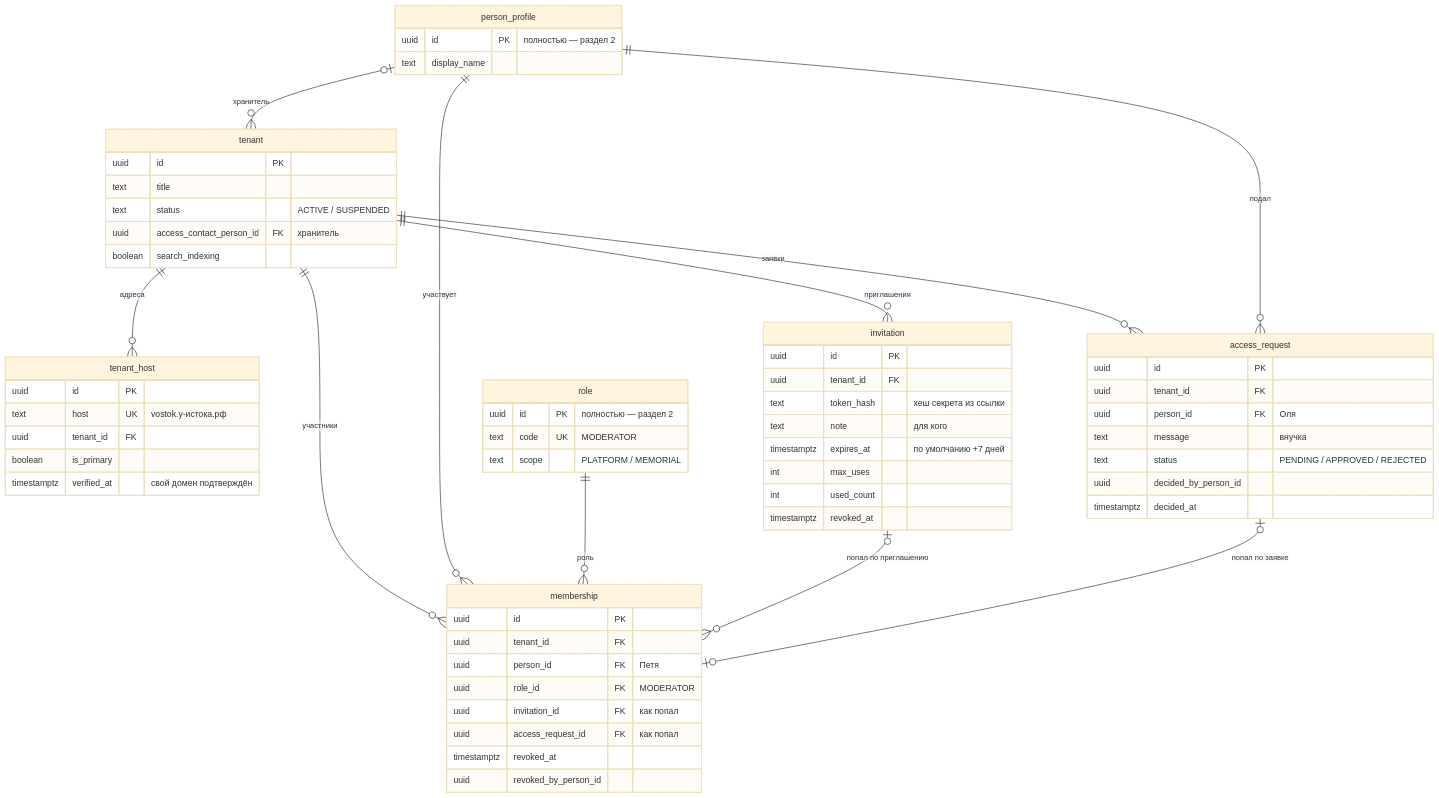
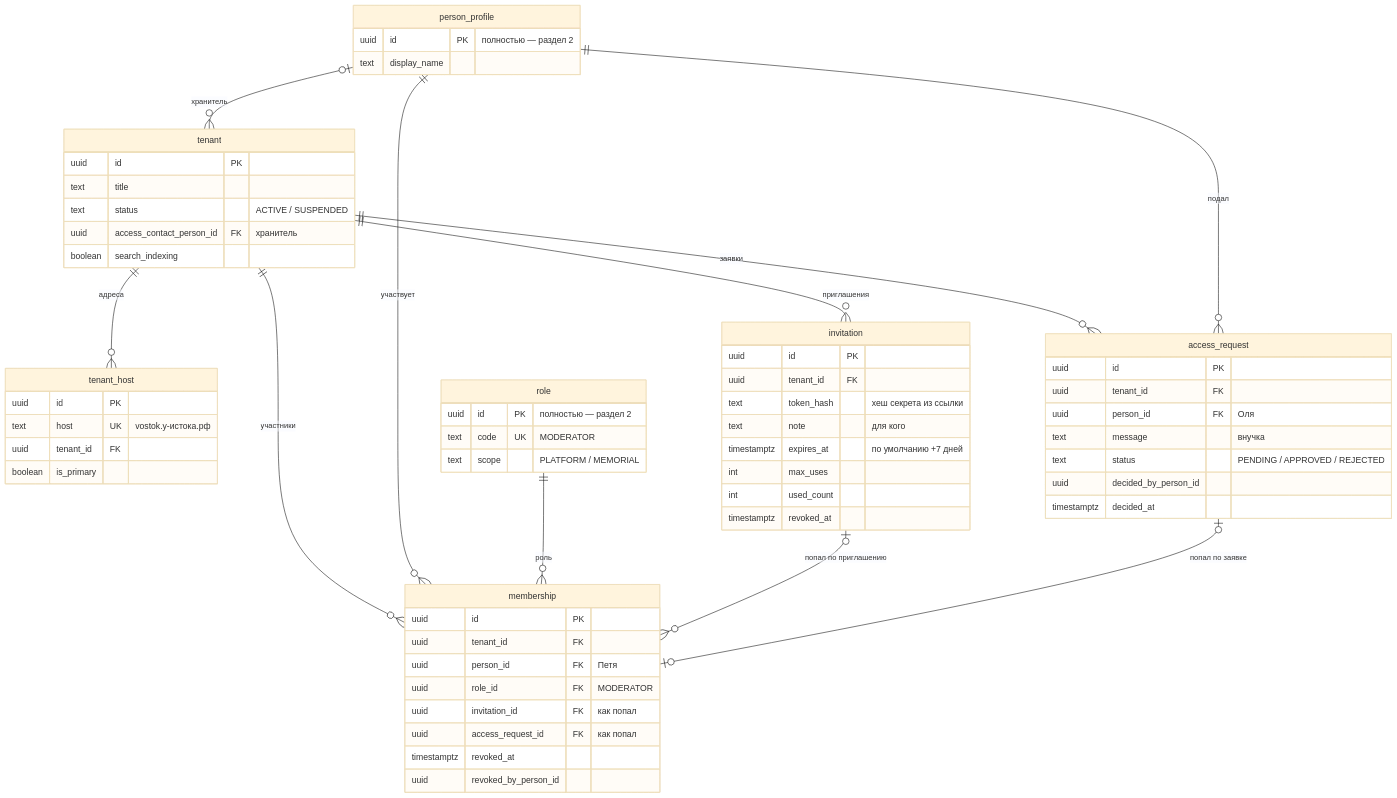
The third of 5 diagrams in domain_model/Access-schema.md (KiraKhvan/memory_docs), drawn with Mermaid (base theme) before and after one commit. The commit also changed other lines of this file and 3 other files, not shown here.

````diff
--- a/domain_model/Access-schema.md
+++ b/domain_model/Access-schema.md
@@ -123,65 +123,64 @@
 ```mermaid
 erDiagram
     tenant ||--o{ tenant_host : "адреса"
     tenant ||--o{ membership : "участники"
     person_profile ||--o{ membership : "участвует"
     role ||--o{ membership : "роль"
     tenant ||--o{ invitation : "приглашения"
     invitation |o--o{ membership : "попал по приглашению"
     tenant ||--o{ access_request : "заявки"
     person_profile ||--o{ access_request : "подал"
     access_request |o--o| membership : "попал по заявке"
     person_profile |o--o{ tenant : "хранитель"
     tenant {
         uuid id PK
         text title
         text status "ACTIVE / SUSPENDED"
         uuid access_contact_person_id FK "хранитель"
         boolean search_indexing
     }
     tenant_host {
         uuid id PK
         text host UK "vostok.у-истока.рф"
         uuid tenant_id FK
         boolean is_primary
-        timestamptz verified_at "свой домен подтверждён"
     }
     membership {
         uuid id PK
         uuid tenant_id FK
         uuid person_id FK "Петя"
         uuid role_id FK "MODERATOR"
         uuid invitation_id FK "как попал"
         uuid access_request_id FK "как попал"
         timestamptz revoked_at
         uuid revoked_by_person_id
     }
     invitation {
         uuid id PK
         uuid tenant_id FK
         text token_hash "хеш секрета из ссылки"
         text note "для кого"
         timestamptz expires_at "по умолчанию +7 дней"
         int max_uses
         int used_count
         timestamptz revoked_at
     }
     access_request {
         uuid id PK
         uuid tenant_id FK
         uuid person_id FK "Оля"
         text message "внучка"
         text status "PENDING / APPROVED / REJECTED"
         uuid decided_by_person_id
         timestamptz decided_at
     }
     person_profile {
         uuid id PK "полностью — раздел 2"
         text display_name
     }
     role {
         uuid id PK "полностью — раздел 2"
         text code UK "MODERATOR"
         text scope "PLATFORM / MEMORIAL"
     }
 ```
````
